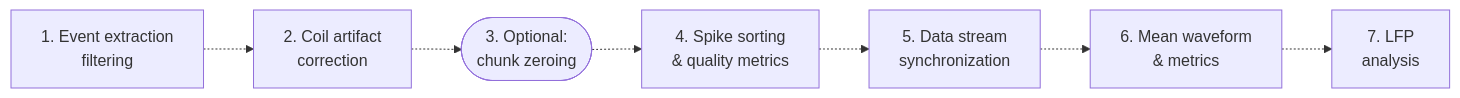
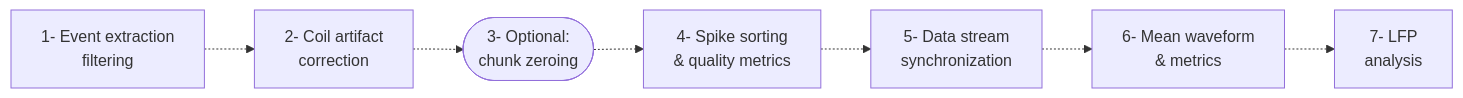
The diagram in README.md (LSENS-BMI-EPFL/ephys_preprocessing), drawn with Mermaid before and after one commit.

````diff
--- a/README.md
+++ b/README.md
@@ -13,10 +13,9 @@
 ```mermaid
 graph LR
-    Step1["1. Event extraction <br/> filtering"] -.-> Step2["2. Coil artifact <br/> correction"]
-    Step2 -.-> Step3(["3. Optional: <br/> chunk zeroing"])
-    Step3 -.-> Step4["4. Spike sorting <br/> & quality metrics"]
-    Step4 -.-> Step5["5. Data stream <br/> synchronization"]
-    Step5 -.-> Step6["6. Mean waveform <br/> & metrics"]
-    Step6 -.-> Step7["7. LFP <br/> analysis"]
-
+    Step1["1- Event extraction <br/> filtering"] -.-> Step2["2- Coil artifact <br/> correction"]
+    Step2 -.-> Step3(["3- Optional: <br/> chunk zeroing"])
+    Step3 -.-> Step4["4- Spike sorting <br/> & quality metrics"]
+    Step4 -.-> Step5["5- Data stream <br/> synchronization"]
+    Step5 -.-> Step6["6- Mean waveform <br/> & metrics"]
+    Step6 -.-> Step7["7- LFP <br/> analysis"]
 ```
````
